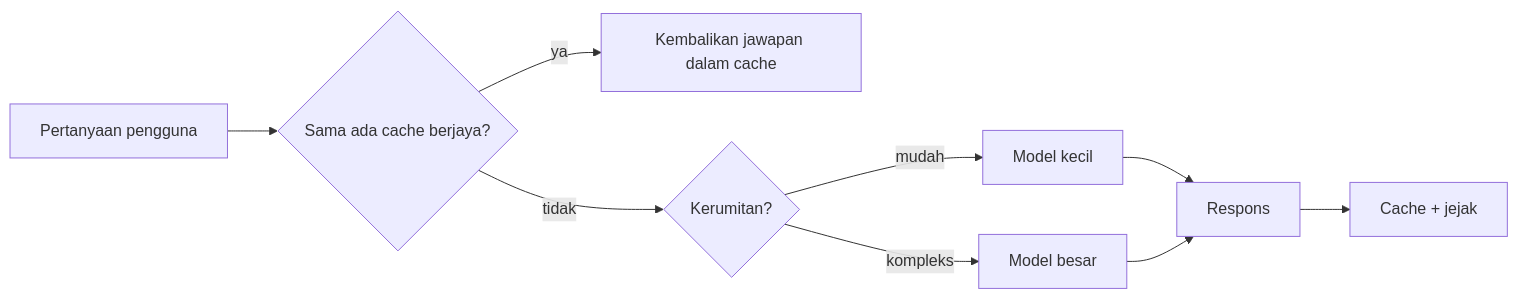
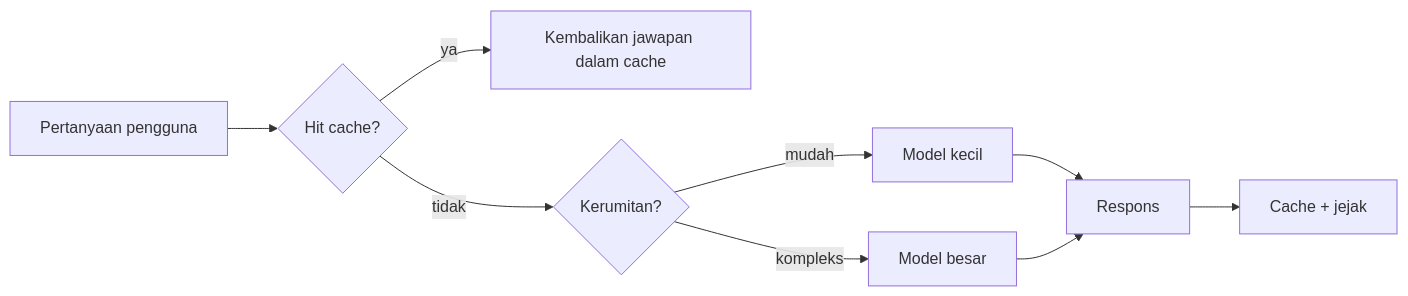
Before and after one commit to gabrielmoreira/agent-skills-mirror: the third of 4 diagrams in mirrors/repos/microsoft@ai-agents-for-beginners/translations/ms/16-deploying-scalable-agents/README.md, drawn with Mermaid. The commit also changed other lines of this file and 3581 other files, not shown here.

````diff
--- a/mirrors/repos/microsoft@ai-agents-for-beginners/translations/ms/16-deploying-scalable-agents/README.md
+++ b/mirrors/repos/microsoft@ai-agents-for-beginners/translations/ms/16-deploying-scalable-agents/README.md
@@ -134,11 +134,11 @@
 ```mermaid
 flowchart LR
-    Q[Pertanyaan pengguna] --> C{Sama ada cache berjaya?}
+    Q[Pertanyaan pengguna] --> C{Hit cache?}
     C -->|ya| R[Kembalikan jawapan dalam cache]
     C -->|tidak| Router{Kerumitan?}
     Router -->|mudah| SLM[Model kecil]
     Router -->|kompleks| LLM[Model besar]
     SLM --> Out[Respons]
     LLM --> Out
     Out --> Store[Cache + jejak]
 ```
````
